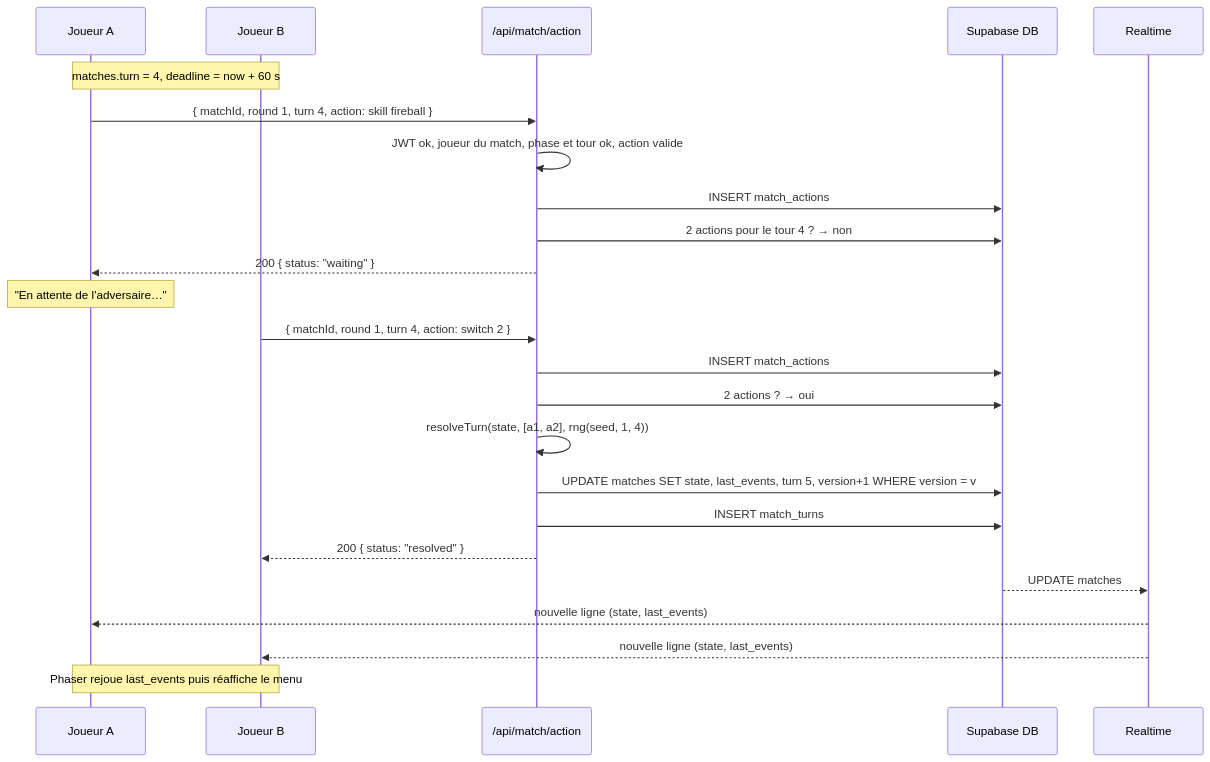
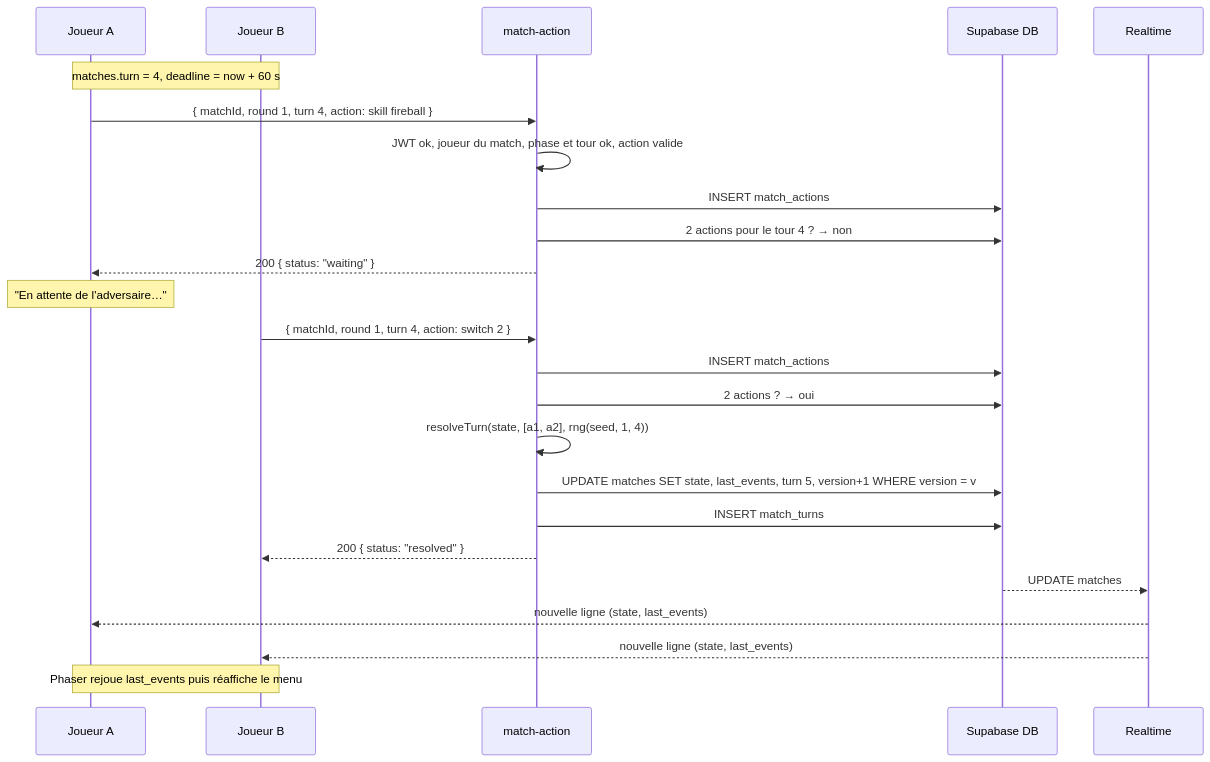
The third of 3 diagrams in docs/04-MULTIJOUEUR.md (kifuj/Dark-Dungeon-Fantasy-Boss-Battle), drawn with Mermaid before and after one commit. The commit also changed other lines of this file and 17 other files, not shown here.

````diff
--- a/docs/04-MULTIJOUEUR.md
+++ b/docs/04-MULTIJOUEUR.md
@@ -63,28 +63,28 @@
 ```mermaid
 sequenceDiagram
   participant A as Joueur A
   participant B as Joueur B
-  participant API as /api/match/action
+  participant API as match-action
   participant DB as Supabase DB
   participant RT as Realtime
 
   Note over A,B: matches.turn = 4, deadline = now + 60 s
   A->>API: { matchId, round 1, turn 4, action: skill fireball }
   API->>API: JWT ok, joueur du match, phase et tour ok, action valide
   API->>DB: INSERT match_actions
   API->>DB: 2 actions pour le tour 4 ? → non
   API-->>A: 200 { status: "waiting" }
   Note over A: "En attente de l'adversaire…"
 
   B->>API: { matchId, round 1, turn 4, action: switch 2 }
   API->>DB: INSERT match_actions
   API->>DB: 2 actions ? → oui
   API->>API: resolveTurn(state, [a1, a2], rng(seed, 1, 4))
   API->>DB: UPDATE matches SET state, last_events, turn 5, version+1 WHERE version = v
   API->>DB: INSERT match_turns
   API-->>B: 200 { status: "resolved" }
   DB-->>RT: UPDATE matches
   RT-->>A: nouvelle ligne (state, last_events)
   RT-->>B: nouvelle ligne (state, last_events)
   Note over A,B: Phaser rejoue last_events puis réaffiche le menu
 ```
````
